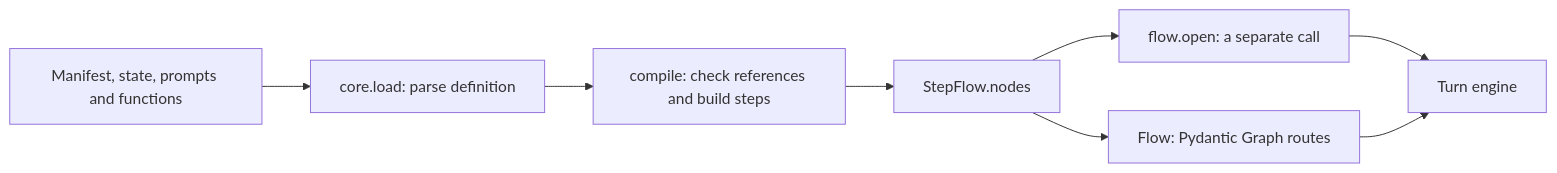
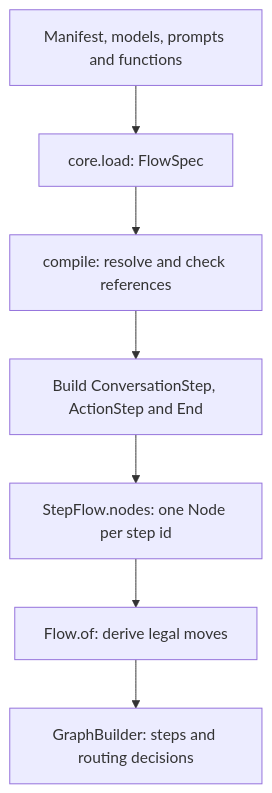
The first of 2 diagrams in docs/architecture/04-typed-flows-and-node-agents.md (slng-ai/unmute-beat), drawn with Mermaid before and after one commit. The commit also changed other lines of this file and 3 other files, not shown here.

Commit message:
docs: explain architecture through a shared generic walkthrough

````diff
--- a/docs/architecture/04-typed-flows-and-node-agents.md
+++ b/docs/architecture/04-typed-flows-and-node-agents.md
@@ -55,10 +118,9 @@
 ```mermaid
-flowchart LR
-    Files["Manifest, state, prompts and functions"] --> Load["core.load: parse definition"]
-    Load --> Compile["compile: check references and build steps"]
-    Compile --> Nodes["StepFlow.nodes"]
-    Nodes --> Graph["Flow: Pydantic Graph routes"]
-    Nodes --> Call["flow.open: a separate call"]
-    Call --> Turn["Turn engine"]
-    Graph --> Turn
+flowchart TD
+    Files["Manifest, models, prompts and functions"] --> Load["core.load: FlowSpec"]
+    Load --> Resolve["compile: resolve and check references"]
+    Resolve --> Steps["Build ConversationStep, ActionStep and End"]
+    Steps --> Nodes["StepFlow.nodes: one Node per step id"]
+    Nodes --> Routes["Flow.of: derive legal moves"]
+    Routes --> Graph["GraphBuilder: steps and routing decisions"]
 ```
````
